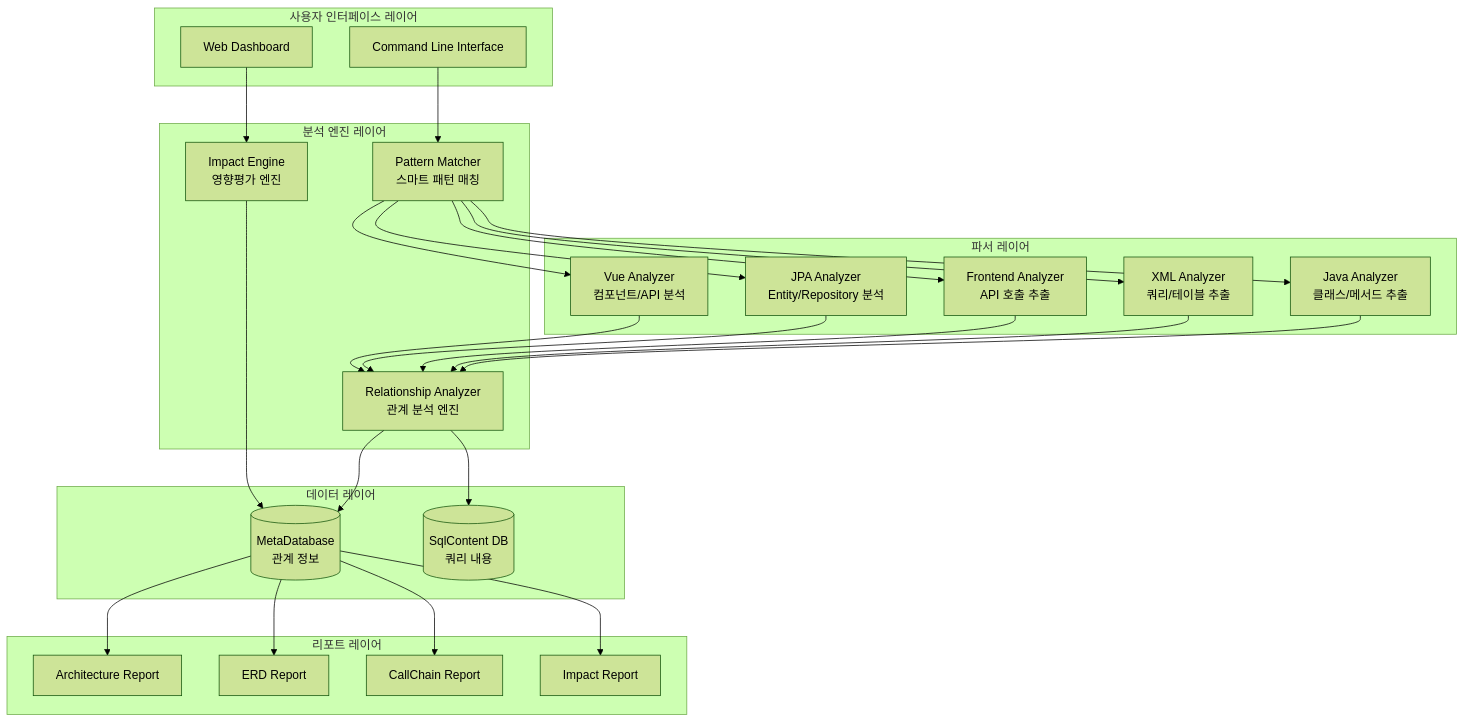
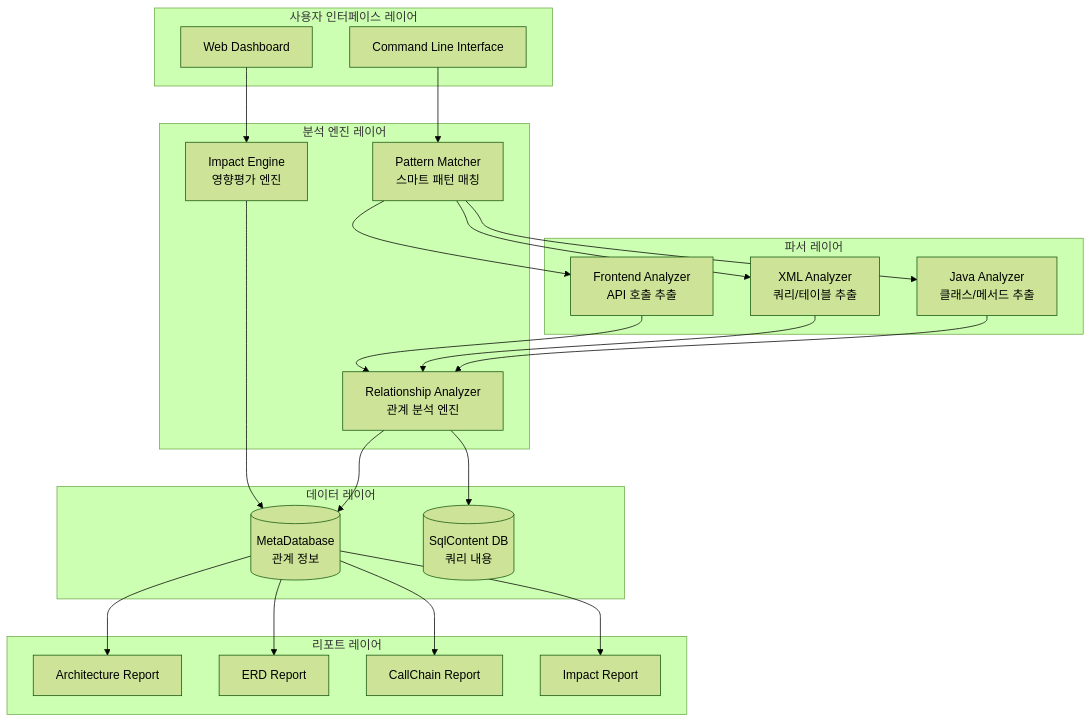
One commit to kumtaek/SourceAnalyzer changed the second of 7 diagrams in docs/03_시스템_아키텍처_설계.md. Above: the diagram before and after it, drawn with Mermaid (forest theme). The commit also changed other lines of this file and 63 other files, not shown here.

````diff
--- a/docs/03_시스템_아키텍처_설계.md
+++ b/docs/03_시스템_아키텍처_설계.md
@@ -81,58 +74,52 @@
 ```mermaid
 flowchart TD
     subgraph "사용자 인터페이스 레이어"
         CLI[Command Line Interface]
         WEB[Web Dashboard]
     end
     
     subgraph "분석 엔진 레이어"
         PM[Pattern Matcher<br/>스마트 패턴 매칭]
         RA[Relationship Analyzer<br/>관계 분석 엔진]
         IE[Impact Engine<br/>영향평가 엔진]
     end
     
     subgraph "파서 레이어"
         JA[Java Analyzer<br/>클래스/메서드 추출]
         XA[XML Analyzer<br/>쿼리/테이블 추출]
         FA[Frontend Analyzer<br/>API 호출 추출]
-        JPA[JPA Analyzer<br/>Entity/Repository 분석]
-        VUE[Vue Analyzer<br/>컴포넌트/API 분석]
     end
     
     subgraph "데이터 레이어"
         MDB[(MetaDatabase<br/>관계 정보)]
         SDB[(SqlContent DB<br/>쿼리 내용)]
     end
     
     subgraph "리포트 레이어"
         AR[Architecture Report]
         ER[ERD Report]
         CR[CallChain Report]
         IR[Impact Report]
     end
     
     CLI --> PM
     WEB --> IE
     
     PM --> JA
     PM --> XA  
     PM --> FA
-    PM --> JPA
-    PM --> VUE
     
     JA --> RA
     XA --> RA
     FA --> RA
-    JPA --> RA
-    VUE --> RA
     
     RA --> MDB
     RA --> SDB
     
     IE --> MDB
     
     MDB --> AR
     MDB --> ER
     MDB --> CR
     MDB --> IR
 ```
````
